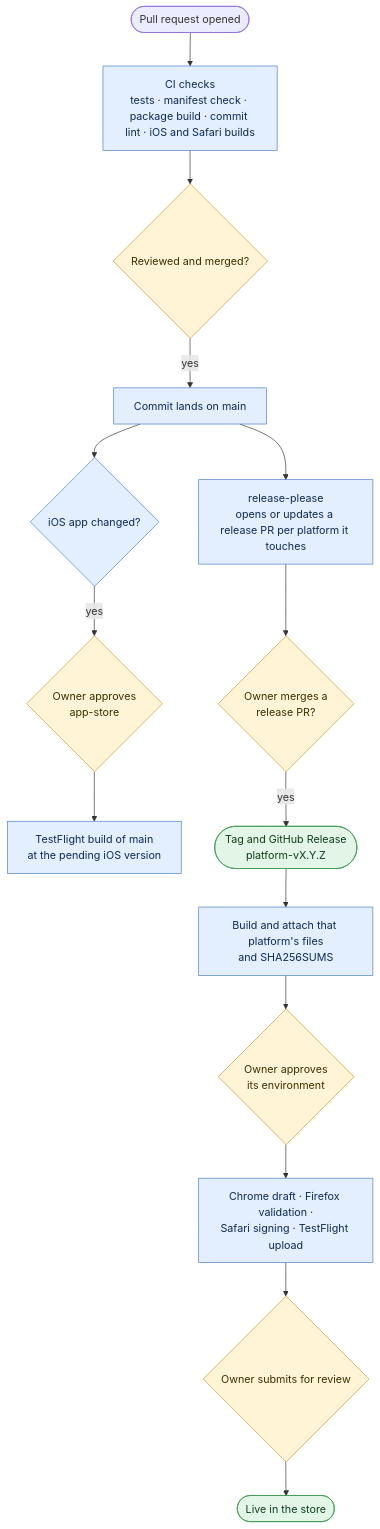
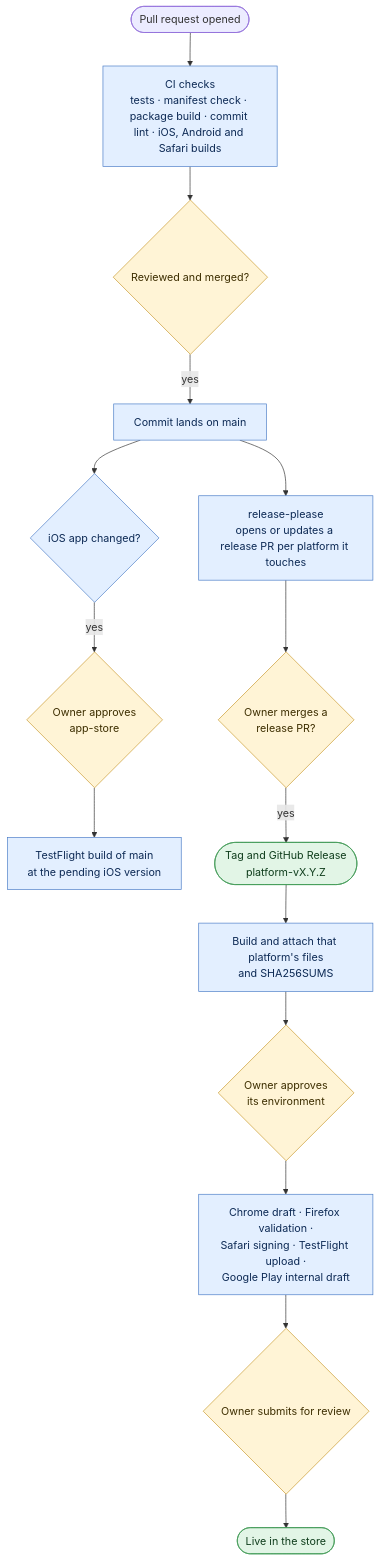
The diagram in docs/RELEASING.md (maubergine/voucherboard), drawn with Mermaid before and after one commit. The commit also changed other lines of this file and 88 other files, not shown here.

````diff
--- a/docs/RELEASING.md
+++ b/docs/RELEASING.md
@@ -49,24 +51,24 @@
 ```mermaid
 flowchart TD
-  pr(["Pull request opened"]) --> ci["CI checks<br/>tests · manifest check · package build · commit lint · iOS and Safari builds"]
+  pr(["Pull request opened"]) --> ci["CI checks<br/>tests · manifest check · package build · commit lint · iOS, Android and Safari builds"]
   ci --> merge{"Reviewed and merged?"}
   merge -->|yes| main["Commit lands on main"]
   main --> rp["release-please<br/>opens or updates a release PR per platform it touches"]
   main --> tfmain{"iOS app changed?"}
   tfmain -->|yes| approvetf{"Owner approves<br/>app-store"}
   approvetf --> tfpending["TestFlight build of main<br/>at the pending iOS version"]
   rp --> rmerge{"Owner merges a<br/>release PR?"}
   rmerge -->|yes| tag(["Tag and GitHub Release<br/>platform-vX.Y.Z"])
   tag --> files["Build and attach that platform's files<br/>and SHA256SUMS"]
   files --> approve{"Owner approves<br/>its environment"}
-  approve --> store["Chrome draft · Firefox validation ·<br/>Safari signing · TestFlight upload"]
+  approve --> store["Chrome draft · Firefox validation ·<br/>Safari signing · TestFlight upload ·<br/>Google Play internal draft"]
   store --> submit{"Owner submits for review"}
   submit --> live(["Live in the store"])
 
   classDef person fill:#fff4d6,stroke:#c99a2e,color:#3d2e00
   classDef auto fill:#e3efff,stroke:#4a7cc7,color:#0d2a55
   classDef done fill:#e2f5e6,stroke:#3f9a55,color:#0f3d1c
   class merge,rmerge,approve,approvetf,submit person
   class ci,main,rp,tfmain,files,store,tfpending auto
   class tag,live done
 ```
````
